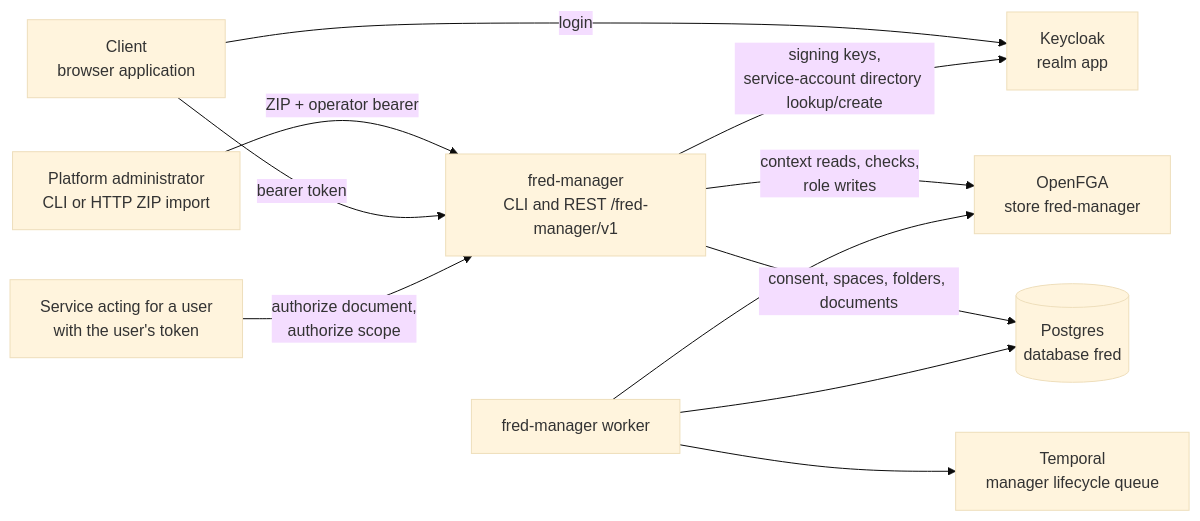
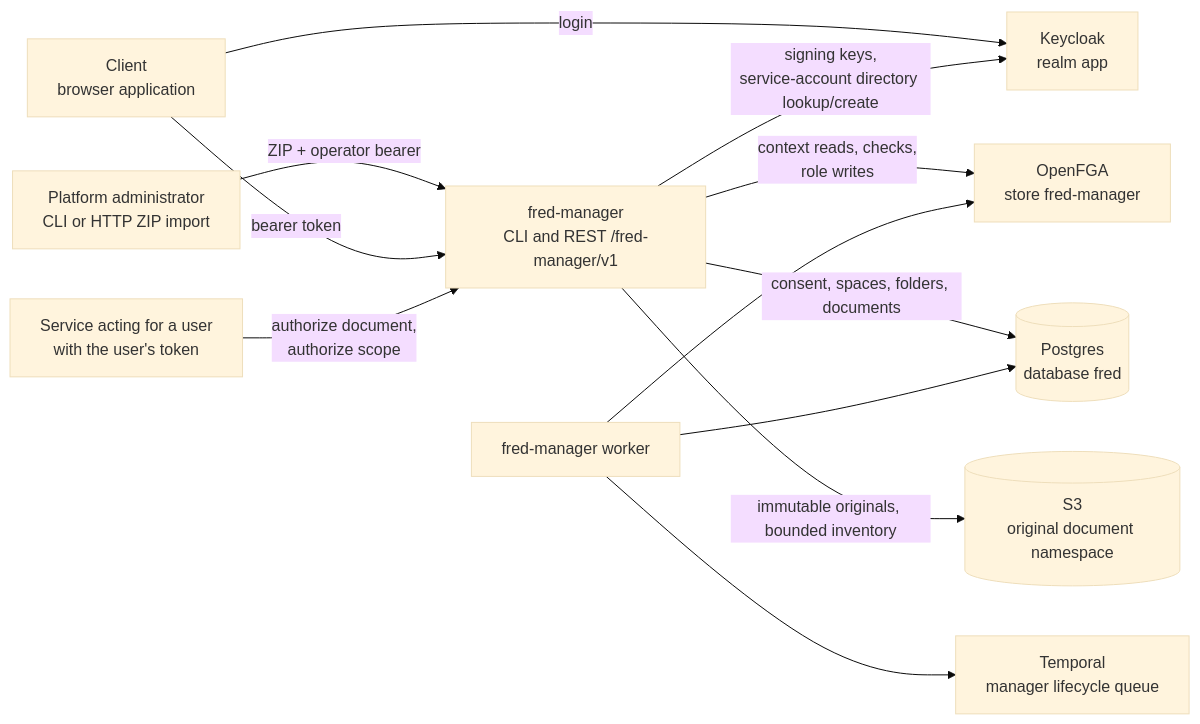
The first of 10 diagrams in docs/architecture/A1-manager-runtime.md (ThalesGroup/fred), drawn with Mermaid (base theme) before and after one commit. The commit also changed other lines of this file and 92 other files, not shown here.

Commit message:
feat(#3172): store and retrieve original documents in manager

````diff
--- a/docs/architecture/A1-manager-runtime.md
+++ b/docs/architecture/A1-manager-runtime.md
@@ -10,22 +10,24 @@
 ```mermaid
 flowchart LR
     client["Client<br/>browser application"]
     operator["Platform administrator<br/>CLI or HTTP ZIP import"]
     caller["Service acting for a user<br/>with the user's token"]
     manager["fred-manager<br/>CLI and REST /fred-manager/v1"]
     keycloak["Keycloak<br/>realm app"]
     openfga["OpenFGA<br/>store fred-manager"]
     postgres[("Postgres<br/>database fred")]
+    objects[("S3<br/>original document namespace")]
     temporal["Temporal<br/>manager lifecycle queue"]
     worker["fred-manager worker"]
 
     operator -- "ZIP + operator bearer" --> manager
     client -- "bearer token" --> manager
     caller -- "authorize document,<br/>authorize scope" --> manager
     client -- "login" --> keycloak
     manager -- "signing keys,<br/>service-account directory lookup/create" --> keycloak
     manager -- "context reads, checks,<br/>role writes" --> openfga
     manager -- "consent, spaces, folders, documents" --> postgres
+    manager -- "immutable originals, bounded inventory" --> objects
     worker --> temporal
     worker --> postgres & openfga
 ```
````
